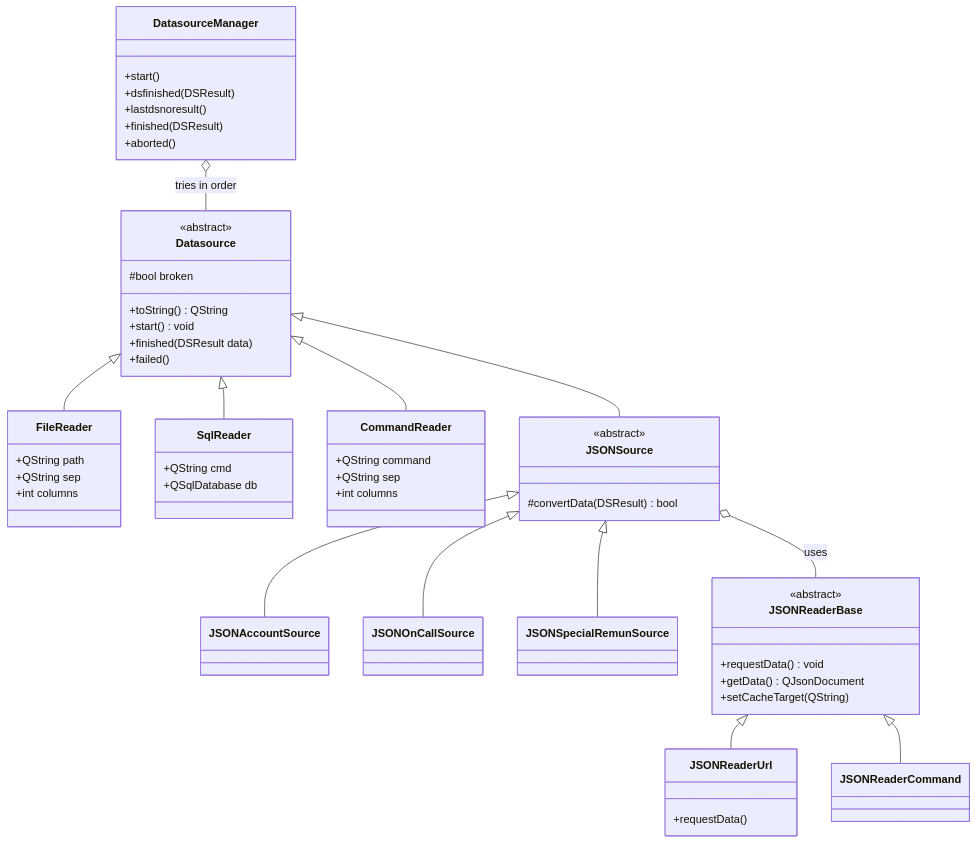
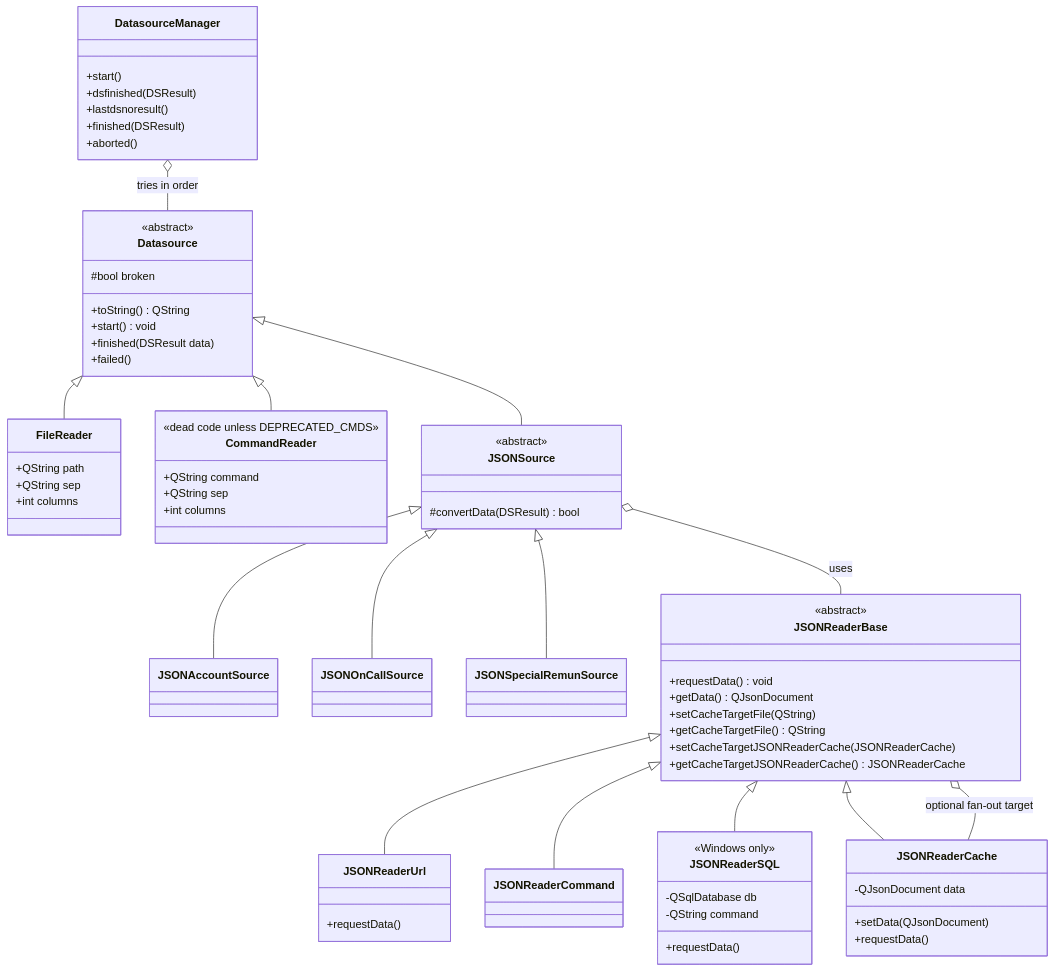
The first of 3 diagrams in doc/03-data-sources-backends.md (scVENUS/sctime), drawn with Mermaid before and after one commit. The commit also changed other lines of this file and 8 other files, not shown here.

Commit message:
Refactor sql reading on windows - we just use the json format like everywhere else (#42)

````diff
--- a/doc/03-data-sources-backends.md
+++ b/doc/03-data-sources-backends.md
@@ -10,61 +10,74 @@
 ```mermaid
 classDiagram
     class Datasource {
         <<abstract>>
         +toString() QString
         +start() void
         +finished(DSResult data)
         +failed()
         #bool broken
     }
     class DatasourceManager {
         +start()
         +dsfinished(DSResult)
         +lastdsnoresult()
         +finished(DSResult)
         +aborted()
     }
     class FileReader {
         +QString path
         +QString sep
         +int columns
     }
-    class SqlReader {
-        +QString cmd
-        +QSqlDatabase db
-    }
     class CommandReader {
+        <<dead code unless DEPRECATED_CMDS>>
         +QString command
         +QString sep
         +int columns
     }
     class JSONSource {
         <<abstract>>
         #convertData(DSResult) bool
     }
     class JSONAccountSource
     class JSONOnCallSource
     class JSONSpecialRemunSource
     class JSONReaderBase {
         <<abstract>>
         +requestData() void
         +getData() QJsonDocument
-        +setCacheTarget(QString)
+        +setCacheTargetFile(QString)
+        +getCacheTargetFile() QString
+        +setCacheTargetJSONReaderCache(JSONReaderCache)
+        +getCacheTargetJSONReaderCache() JSONReaderCache
     }
     class JSONReaderUrl {
         +requestData()
     }
     class JSONReaderCommand
+    class JSONReaderSQL {
+        <<Windows only>>
+        -QSqlDatabase db
+        -QString command
+        +requestData()
+    }
+    class JSONReaderCache {
+        -QJsonDocument data
+        +setData(QJsonDocument)
+        +requestData()
+    }
 
     Datasource <|-- FileReader
-    Datasource <|-- SqlReader
     Datasource <|-- CommandReader
     Datasource <|-- JSONSource
     JSONSource <|-- JSONAccountSource
     JSONSource <|-- JSONOnCallSource
     JSONSource <|-- JSONSpecialRemunSource
     JSONReaderBase <|-- JSONReaderUrl
     JSONReaderBase <|-- JSONReaderCommand
+    JSONReaderBase <|-- JSONReaderSQL
+    JSONReaderBase <|-- JSONReaderCache
     JSONSource o-- JSONReaderBase : uses
+    JSONReaderBase o-- JSONReaderCache : optional fan-out target
     DatasourceManager o-- Datasource : tries in order
 ```
````
